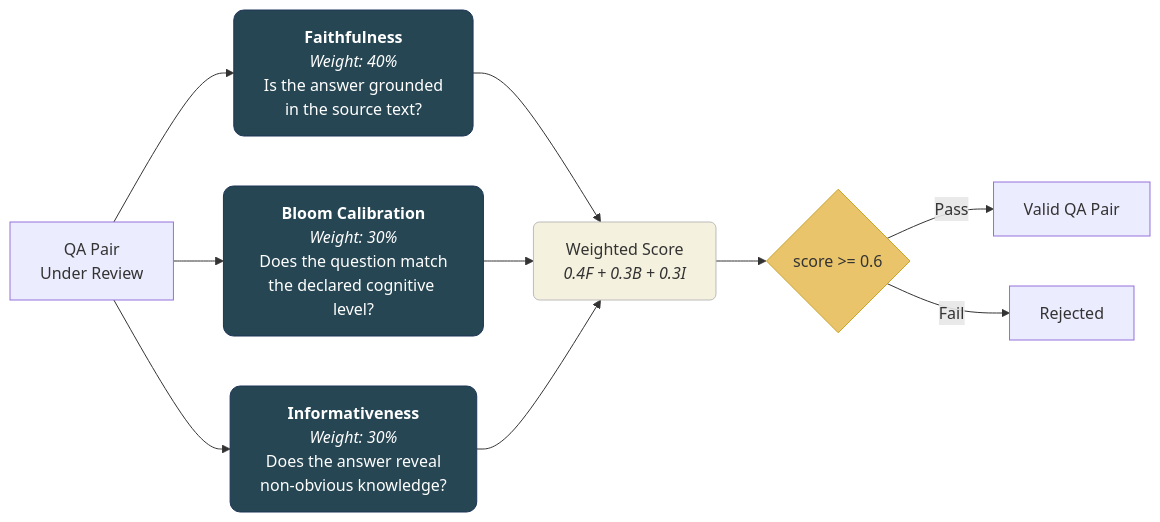
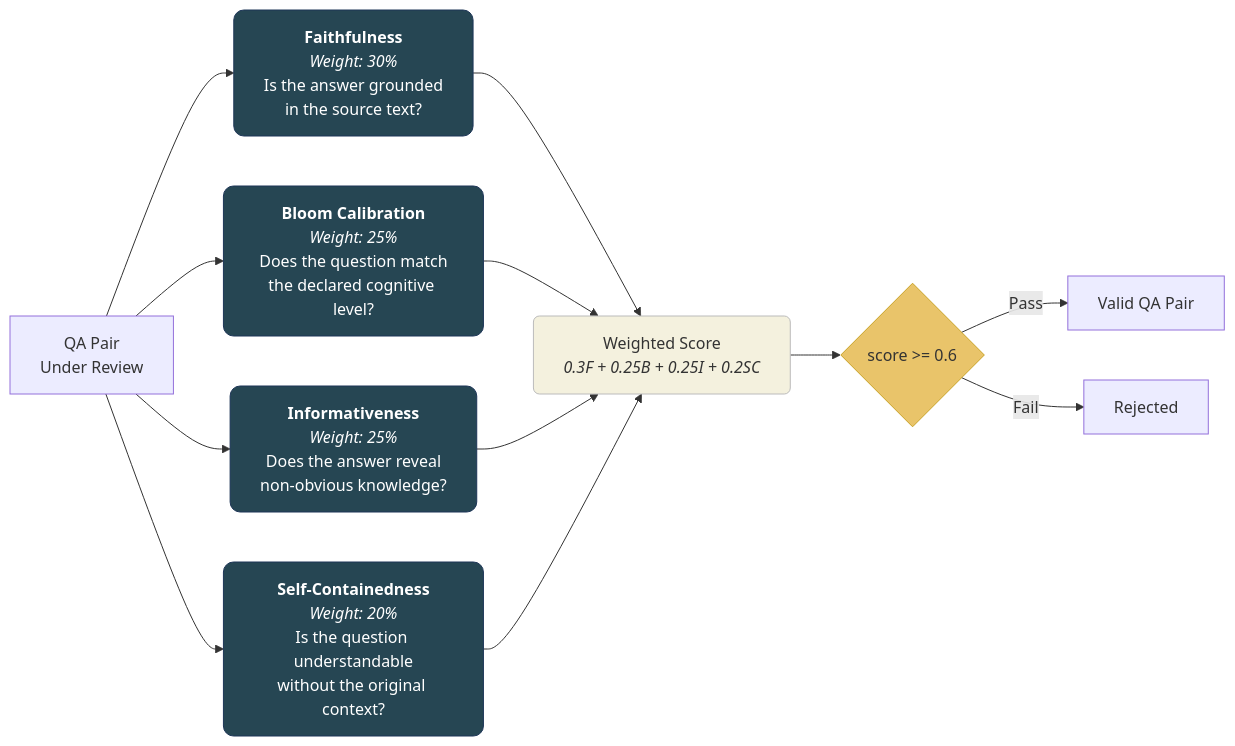
The third of 7 diagrams in docs/methodology.md (FredDsR/arandu), drawn with Mermaid before and after one commit. The commit also changed other lines of this file and 17 other files, not shown here.

First line of the commit message:
feat(cep): add self-containedness for QA decontextualization (#27)

````diff
--- a/docs/methodology.md
+++ b/docs/methodology.md
@@ -175,21 +175,24 @@
 ```mermaid
 flowchart LR
     classDef criterion fill:#264653,stroke:#1d3557,color:#fff,rx:10,ry:10
     classDef score fill:#f4f1de,stroke:#bbb,color:#333,rx:6,ry:6
     classDef gate fill:#e9c46a,stroke:#c9a227,color:#333,rx:4,ry:4
 
     QA["QA Pair<br/>Under Review"] --> F
     QA --> B
     QA --> I
+    QA --> SC
 
-    F["<b>Faithfulness</b><br/><i>Weight: 40%</i><br/>Is the answer grounded<br/>in the source text?"]:::criterion
-    B["<b>Bloom Calibration</b><br/><i>Weight: 30%</i><br/>Does the question match<br/>the declared cognitive level?"]:::criterion
-    I["<b>Informativeness</b><br/><i>Weight: 30%</i><br/>Does the answer reveal<br/>non-obvious knowledge?"]:::criterion
+    F["<b>Faithfulness</b><br/><i>Weight: 30%</i><br/>Is the answer grounded<br/>in the source text?"]:::criterion
+    B["<b>Bloom Calibration</b><br/><i>Weight: 25%</i><br/>Does the question match<br/>the declared cognitive level?"]:::criterion
+    I["<b>Informativeness</b><br/><i>Weight: 25%</i><br/>Does the answer reveal<br/>non-obvious knowledge?"]:::criterion
+    SC["<b>Self-Containedness</b><br/><i>Weight: 20%</i><br/>Is the question understandable<br/>without the original context?"]:::criterion
 
-    F --> WS["Weighted Score<br/><i>0.4F + 0.3B + 0.3I</i>"]:::score
+    F --> WS["Weighted Score<br/><i>0.3F + 0.25B + 0.25I + 0.2SC</i>"]:::score
     B --> WS
     I --> WS
+    SC --> WS
     WS --> G{"score >= 0.6"}:::gate
     G -- "Pass" --> V["Valid QA Pair"]
     G -- "Fail" --> R["Rejected"]
 ```
````
